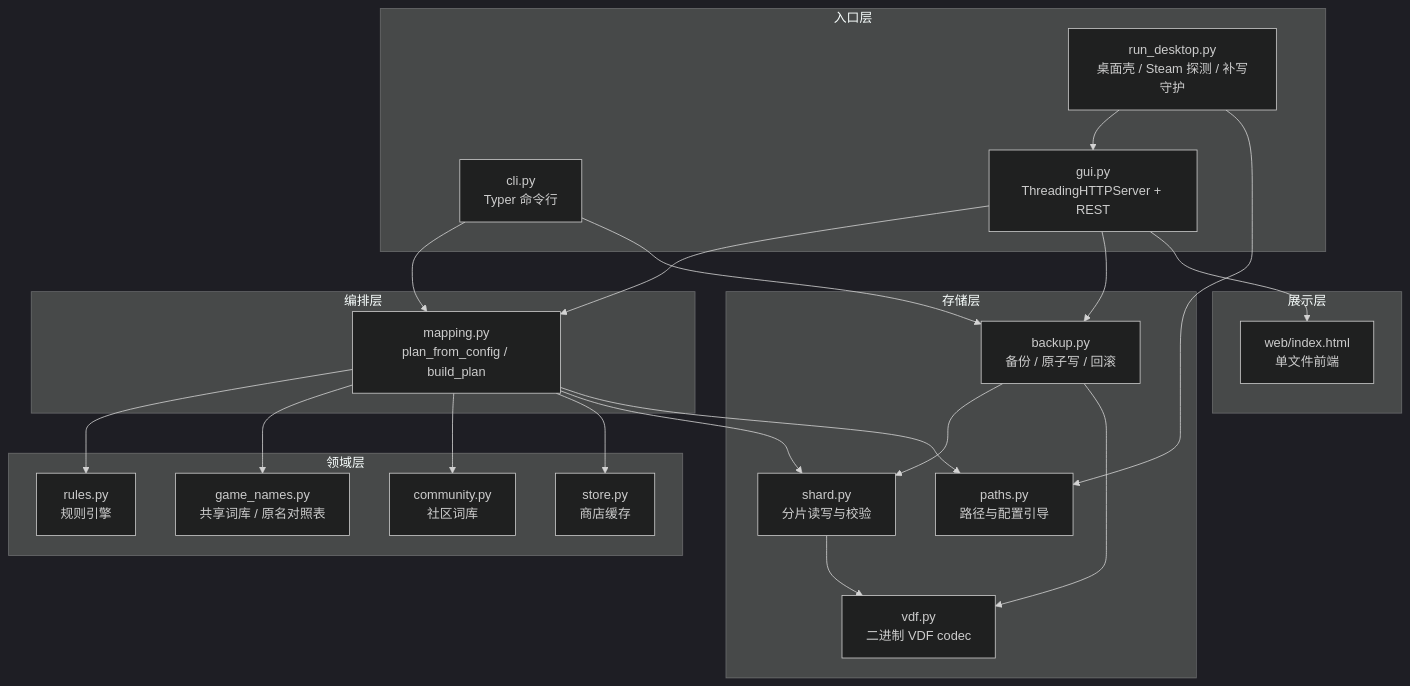
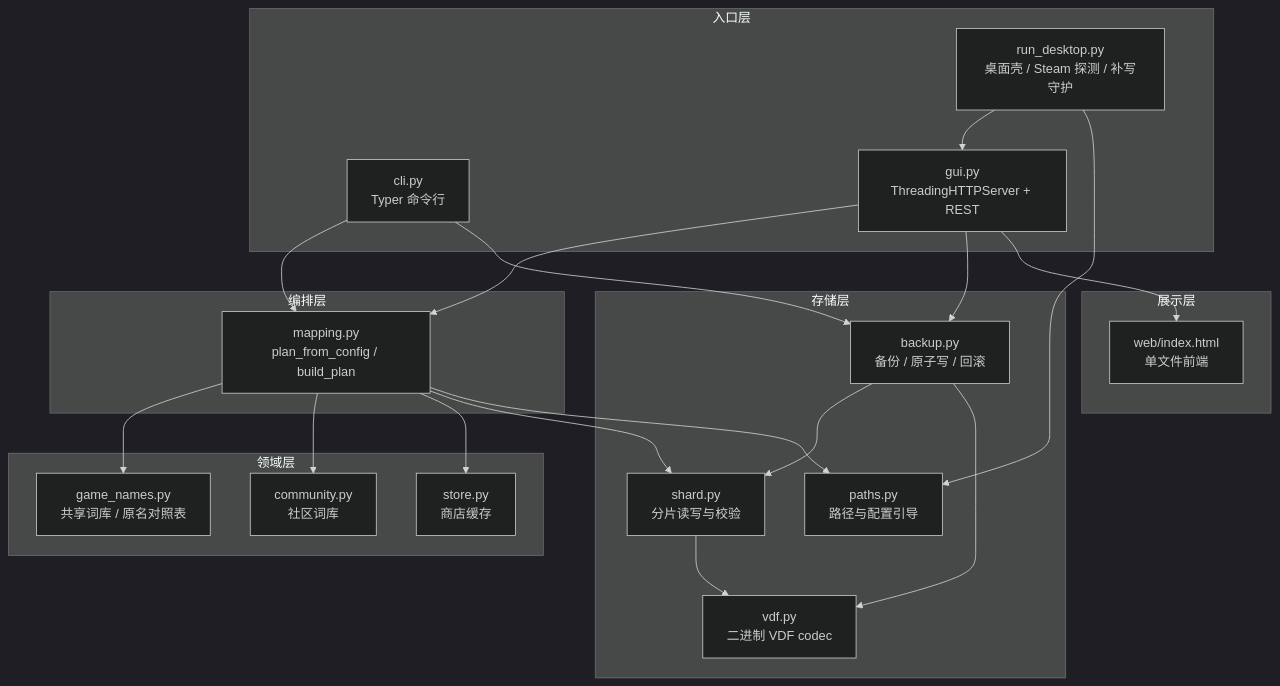
One commit to yguangjie365/SteamGameRename changed the first of 5 diagrams in docs/开发者说明.md. Above: the diagram before and after it, drawn with Mermaid (dark theme). The commit also changed other lines of this file and 18 other files, not shown here.

````diff
--- a/docs/开发者说明.md
+++ b/docs/开发者说明.md
@@ -47,43 +47,41 @@
 ```mermaid
 flowchart TD
     subgraph ENTRY["入口层"]
         RUN["run_desktop.py<br/>桌面壳 / Steam 探测 / 补写守护"]
         CLI["cli.py<br/>Typer 命令行"]
         GUI["gui.py<br/>ThreadingHTTPServer + REST"]
     end
     subgraph APP["编排层"]
         MAP["mapping.py<br/>plan_from_config / build_plan"]
     end
     subgraph DOMAIN["领域层"]
-        RULES["rules.py<br/>规则引擎"]
         GN["game_names.py<br/>共享词库 / 原名对照表"]
         COMM["community.py<br/>社区词库"]
         STORE["store.py<br/>商店缓存"]
     end
     subgraph IO["存储层"]
         SHARD["shard.py<br/>分片读写与校验"]
         VDF["vdf.py<br/>二进制 VDF codec"]
         BAK["backup.py<br/>备份 / 原子写 / 回滚"]
         PATHS["paths.py<br/>路径与配置引导"]
     end
     subgraph VIEW["展示层"]
         WEB["web/index.html<br/>单文件前端"]
     end
 
     RUN --> GUI
     RUN --> PATHS
     CLI --> MAP
     CLI --> BAK
     GUI --> MAP
     GUI --> BAK
     GUI --> WEB
-    MAP --> RULES
     MAP --> GN
     MAP --> COMM
     MAP --> STORE
     MAP --> SHARD
     MAP --> PATHS
     SHARD --> VDF
     BAK --> SHARD
     BAK --> VDF
 ```
````
